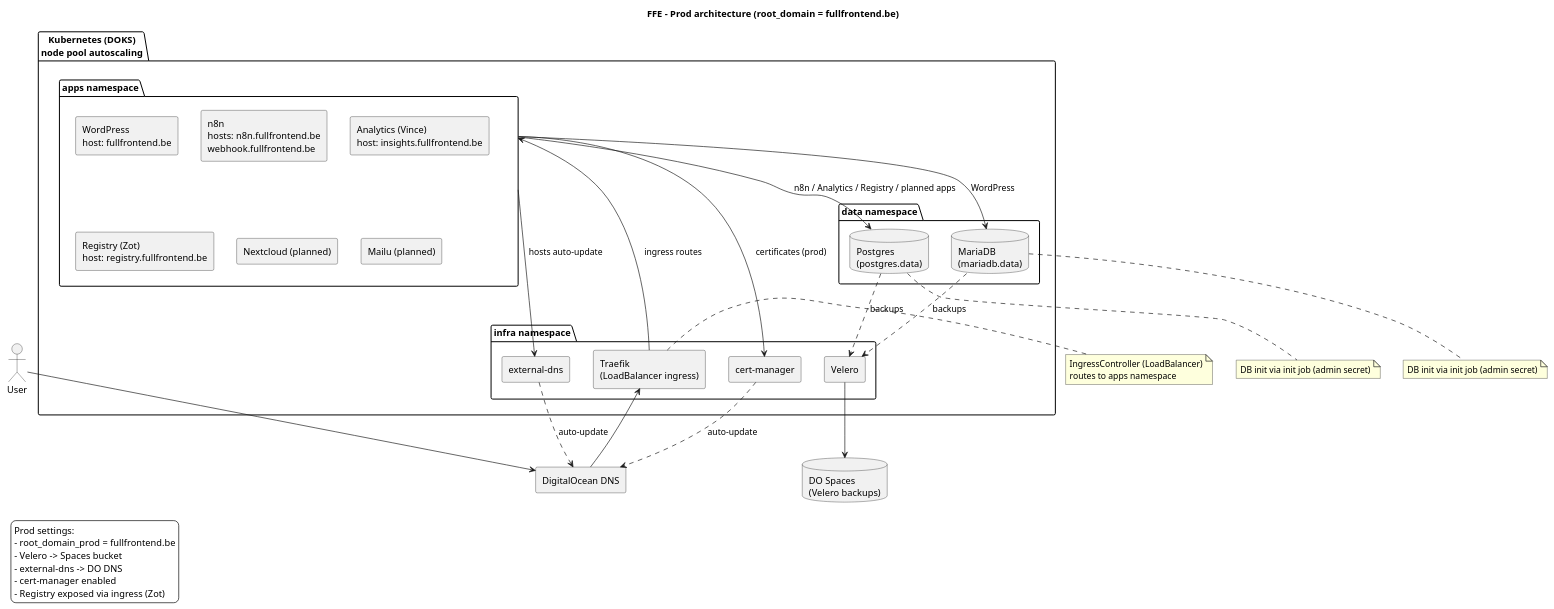
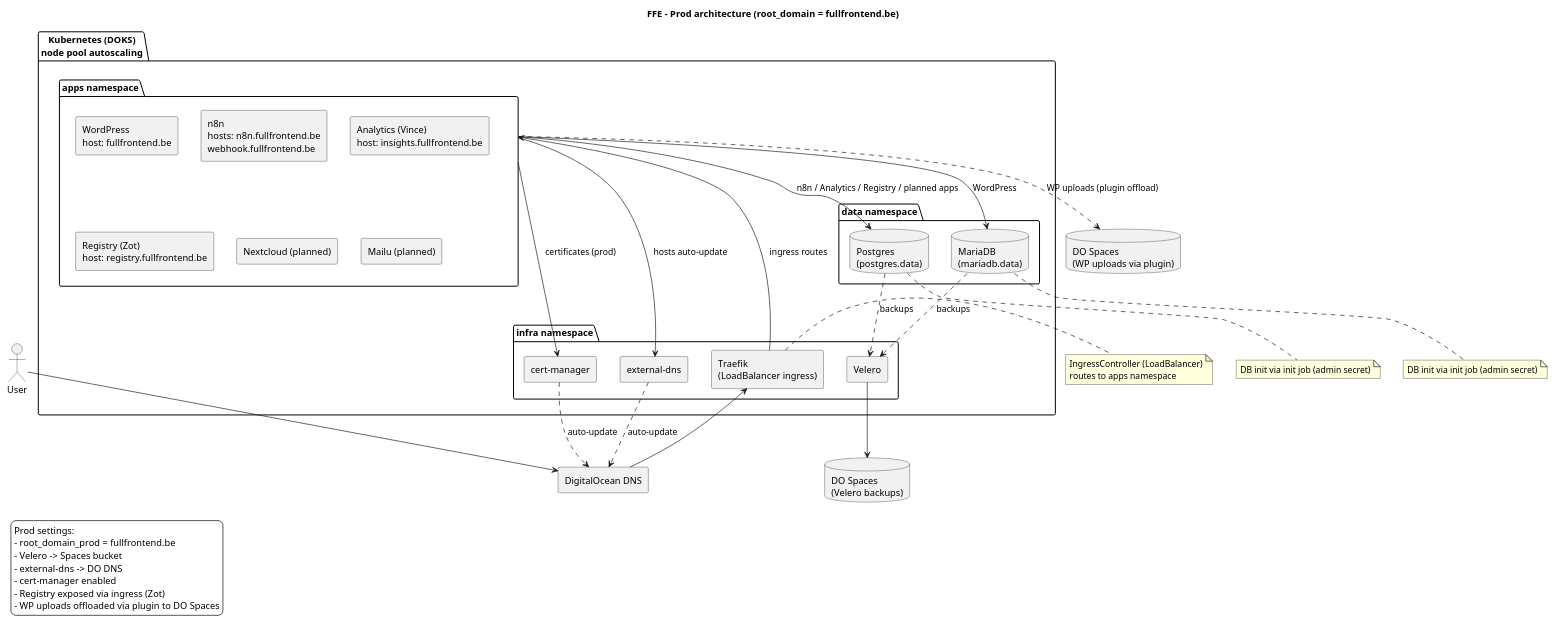
Before and after one commit to fullfrontend/FFE-Terraform: the diagram in docs/architecture-prod.puml, drawn with PlantUML. The commit also changed 2 other files, not shown here.

```diff
--- a/docs/architecture-prod.puml
+++ b/docs/architecture-prod.puml
@@ -1,72 +1,76 @@
 @startuml
 title FFE – Prod architecture (root_domain = fullfrontend.be)
 
 skinparam backgroundColor #ffffff
 skinparam componentStyle rectangle
 
 actor User
 
 rectangle "DigitalOcean DNS" as DODNS
 database "DO Spaces\n(Velero backups)" as Spaces
+database "DO Spaces\n(WP uploads via plugin)" as SpacesWP
 
 package "Kubernetes (DOKS)\nnode pool autoscaling" {
   package "infra namespace" {
     component "Traefik\n(LoadBalancer ingress)" as Traefik
     component "cert-manager" as Cert
     component "external-dns" as ExtDNS
     component "Velero" as Velero
   }
 
   package "data namespace" {
     database "Postgres\n(postgres.data)" as Postgres
     database "MariaDB\n(mariadb.data)" as MariaDB
   }
 
   package "apps namespace" as Apps {
     component "WordPress\nhost: fullfrontend.be" as WP
     component "n8n\nhosts: n8n.fullfrontend.be\nwebhook.fullfrontend.be" as N8N
     component "Analytics (Vince)\nhost: insights.fullfrontend.be" as Vince
     component "Registry (Zot)\nhost: registry.fullfrontend.be" as Zot
     component "Nextcloud (planned)" as Nextcloud
     component "Mailu (planned)" as Mailu
   }
 }
 
 User --> DODNS
 DODNS --> Traefik
 Traefik --> Apps : ingress routes
 
 Apps --> MariaDB : WordPress
 Apps --> Postgres : n8n / Analytics / Registry / planned apps
 Postgres ..> Velero : backups
 MariaDB ..> Velero : backups
 
+Apps ..> SpacesWP : WP uploads (plugin offload)
+
 Apps --> ExtDNS : hosts auto-update
 Apps --> Cert : certificates (prod)
 ExtDNS ..> DODNS : auto-update
 Cert ..> DODNS : auto-update
 
 Velero --> Spaces
 
 note right of Traefik
 IngressController (LoadBalancer)
 routes to apps namespace
 end note
 
 note bottom of Postgres
 DB init via init job (admin secret)
 end note
 
 note bottom of MariaDB
 DB init via init job (admin secret)
 end note
 
 legend left
 Prod settings:
 - root_domain_prod = fullfrontend.be
 - Velero -> Spaces bucket
 - external-dns -> DO DNS
 - cert-manager enabled
 - Registry exposed via ingress (Zot)
+- WP uploads offloaded via plugin to DO Spaces
 endlegend
 @enduml
```
